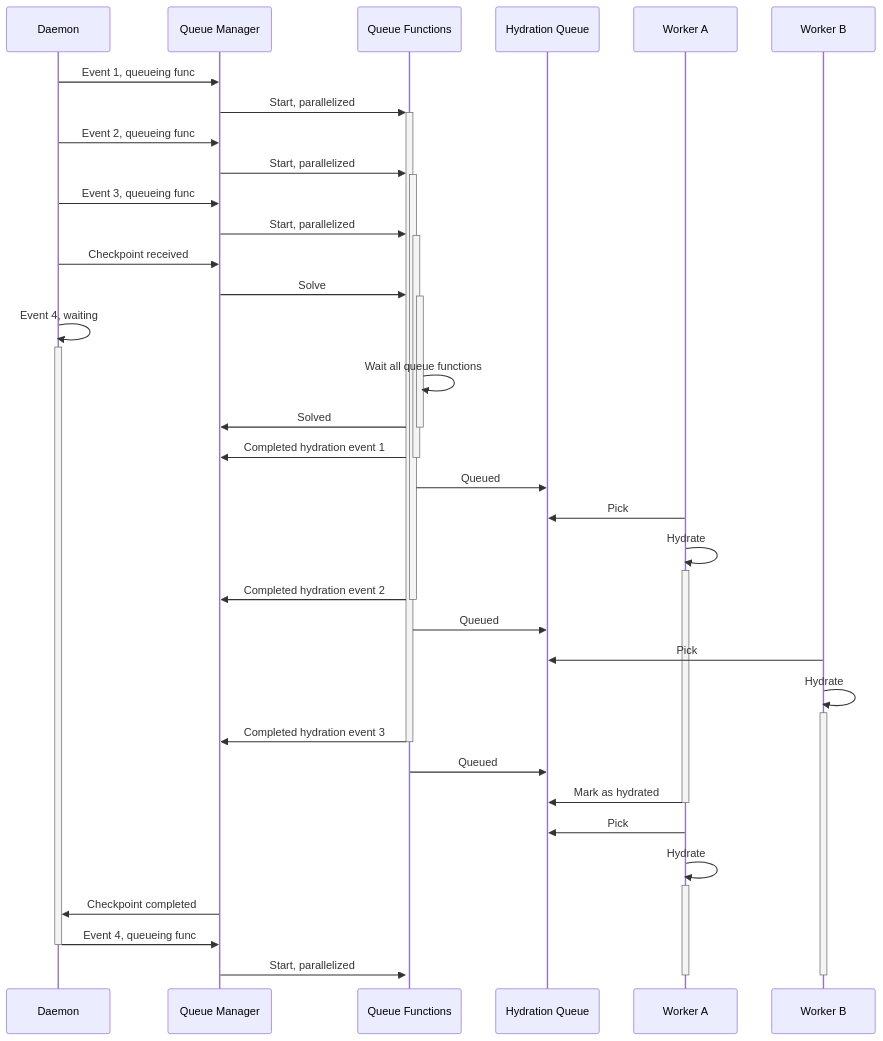
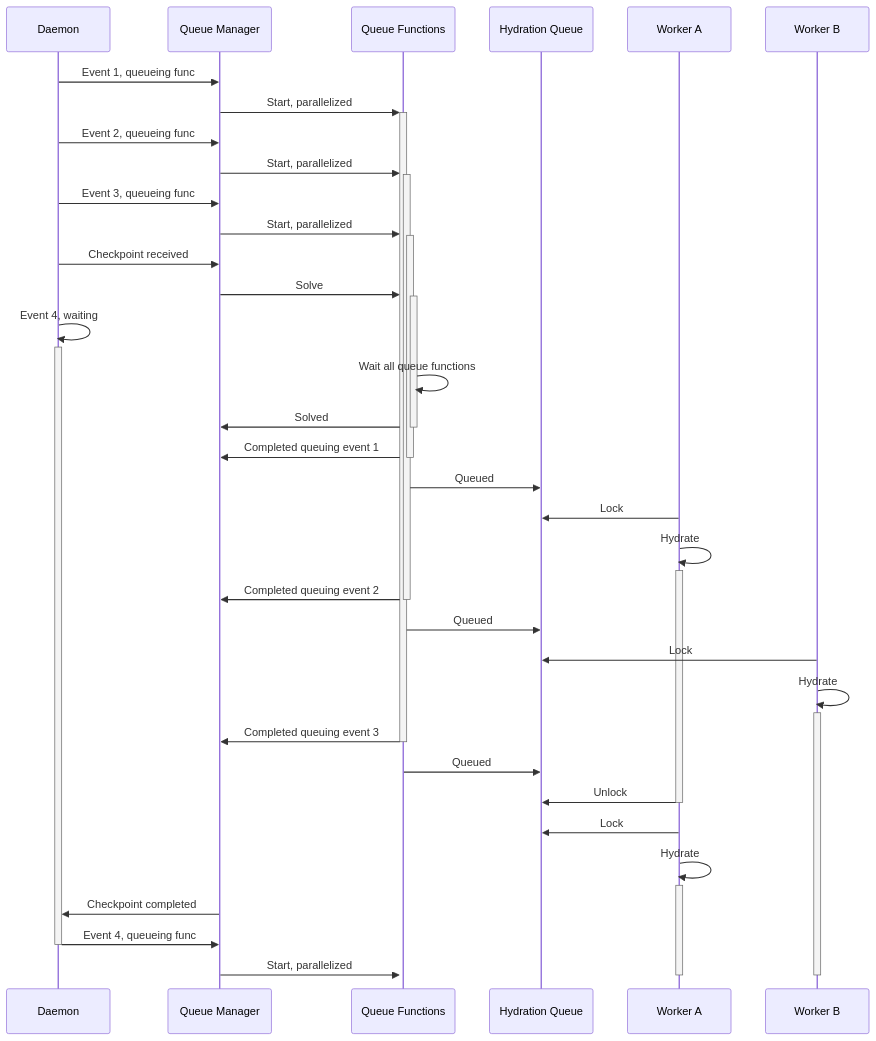
Before and after one commit to NVX-ai/nvx-consistent-api: the second of 2 diagrams in docs/release-details/01-the-hive.md, drawn with Mermaid. The commit also changed other lines of this file, not shown here.

````diff
--- a/docs/release-details/01-the-hive.md
+++ b/docs/release-details/01-the-hive.md
@@ -34,39 +38,39 @@
 ```mermaid
 sequenceDiagram
   participant Daemon
   participant Queue Manager
   participant Queue Functions
   participant Hydration Queue
   participant Worker A
   participant Worker B
   Daemon->>Queue Manager:Event 1, queueing func
   Queue Manager->>+Queue Functions:Start, parallelized
   Daemon->>Queue Manager:Event 2, queueing func
   Queue Manager->>+Queue Functions:Start, parallelized
   Daemon->>Queue Manager:Event 3, queueing func
   Queue Manager->>+Queue Functions:Start, parallelized
   Daemon->>Queue Manager:Checkpoint received
   Queue Manager->>+Queue Functions:Solve
   Daemon->>+Daemon:Event 4, waiting
   Queue Functions->>Queue Functions:Wait all queue functions
   Queue Functions->>-Queue Manager:Solved
-  Queue Functions->>-Queue Manager:Completed hydration event 1
+  Queue Functions->>-Queue Manager:Completed queuing event 1
   Queue Functions->>Hydration Queue:Queued
-  Worker A->>Hydration Queue:Pick
+  Worker A->>Hydration Queue:Lock
   Worker A->>+Worker A:Hydrate
-  Queue Functions->>-Queue Manager:Completed hydration event 2
+  Queue Functions->>-Queue Manager:Completed queuing event 2
   Queue Functions->>Hydration Queue:Queued
-  Worker B->>Hydration Queue:Pick
+  Worker B->>Hydration Queue:Lock
   Worker B->>+Worker B:Hydrate
-  Queue Functions->>-Queue Manager:Completed hydration event 3
+  Queue Functions->>-Queue Manager:Completed queuing event 3
   Queue Functions->>Hydration Queue:Queued
-  Worker A->>Hydration Queue:Mark as hydrated
+  Worker A->>Hydration Queue:Unlock
   deactivate Worker A
-  Worker A->>Hydration Queue:Pick
+  Worker A->>Hydration Queue:Lock
   Worker A->>+Worker A:Hydrate
   Queue Manager->>Daemon:Checkpoint completed
   Daemon->>-Queue Manager:Event 4, queueing func
   Queue Manager->>+Queue Functions:Start, parallelized
   deactivate Worker A
   deactivate Worker B
 ```
````
